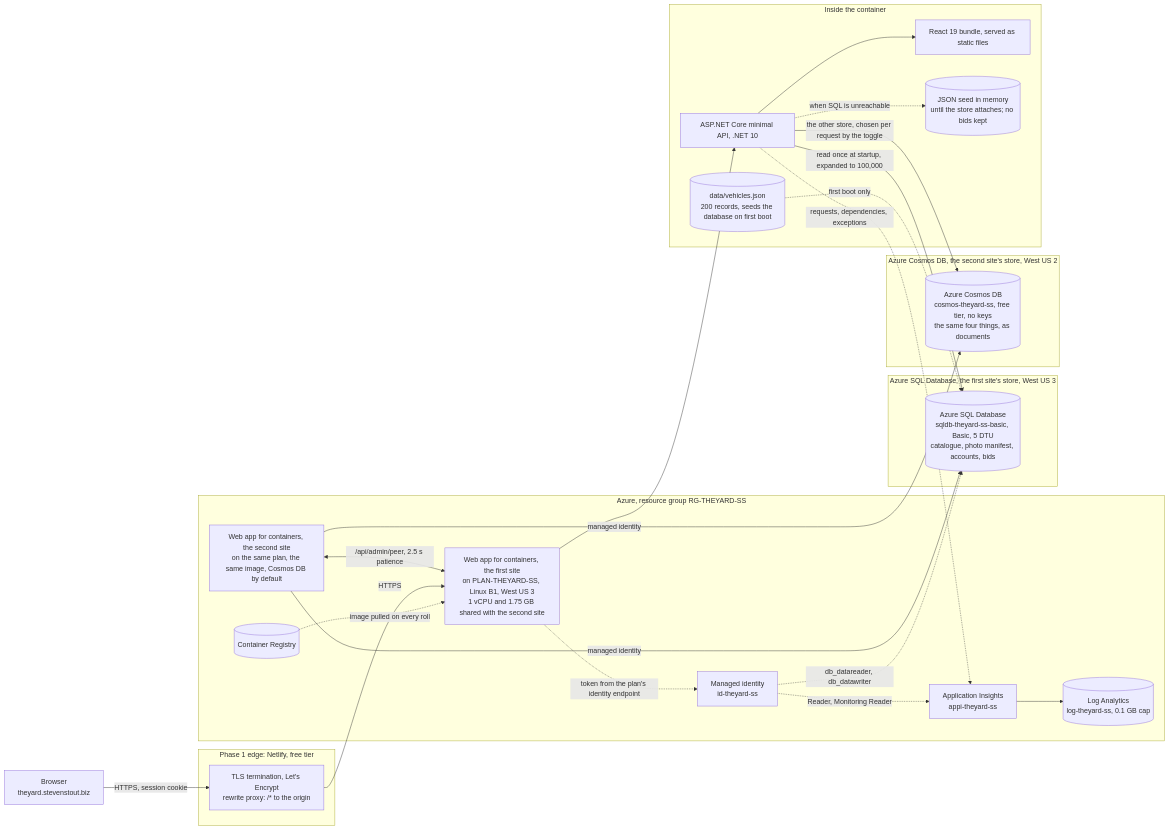
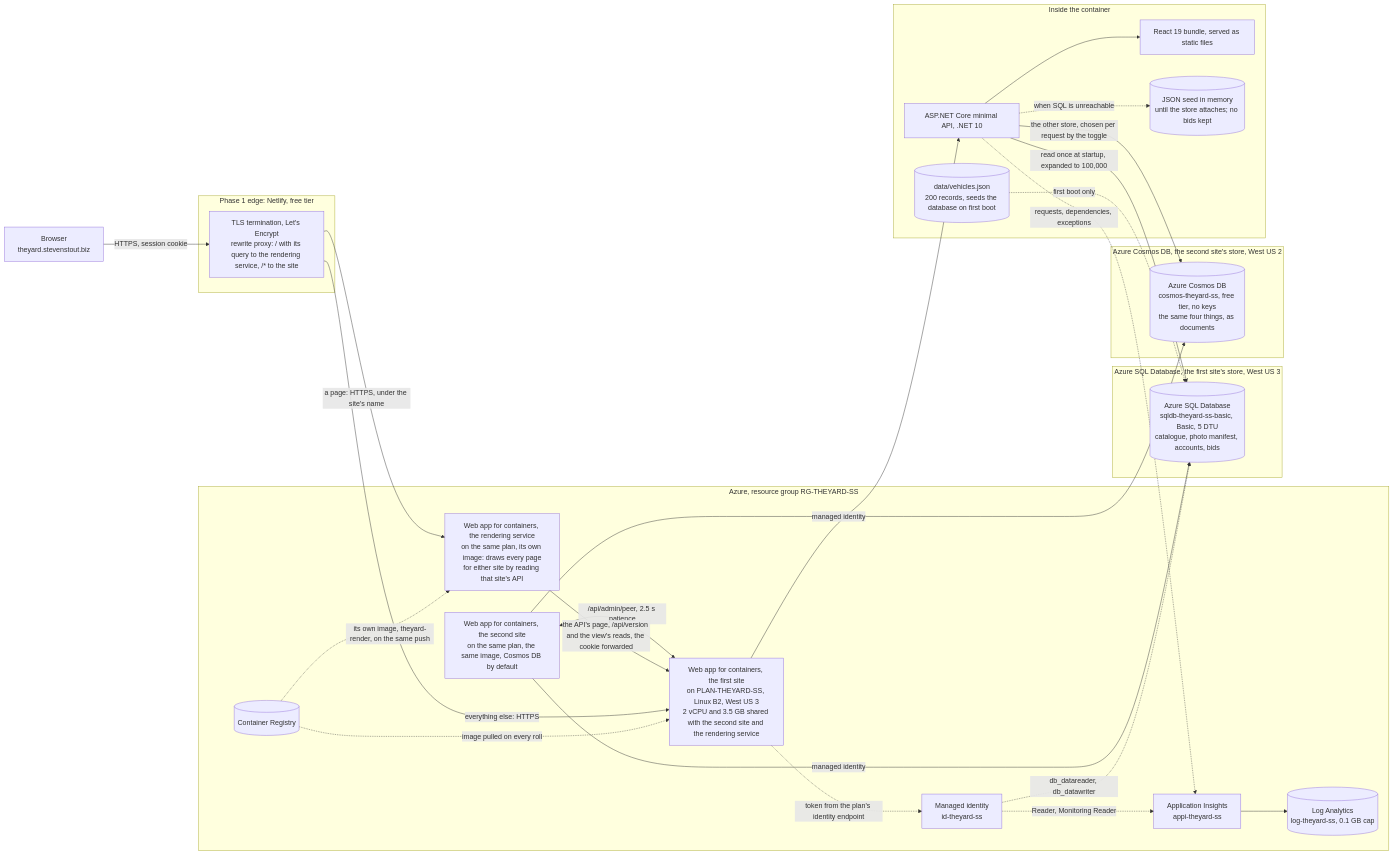
Before and after one commit to SteveStout/TheYard: the first of 3 diagrams in docs/app-architecture/ARCHITECTURE.md, drawn with Mermaid. The commit also changed other lines of this file and 15 other files, not shown here.

````diff
--- a/docs/app-architecture/ARCHITECTURE.md
+++ b/docs/app-architecture/ARCHITECTURE.md
@@ -33,51 +33,55 @@
 ```mermaid
 flowchart LR
   B["Browser<br/>theyard.stevenstout.biz"]
 
   subgraph edge["Phase 1 edge: Netlify, free tier"]
-    TLS["TLS termination, Let's Encrypt<br/>rewrite proxy: /* to the origin"]
+    TLS["TLS termination, Let's Encrypt<br/>rewrite proxy: / with its query to the rendering service, /* to the site"]
   end
 
   subgraph azure["Azure, resource group RG-THEYARD-SS"]
-    ACI["Web app for containers, the first site<br/>on PLAN-THEYARD-SS, Linux B1, West US 3<br/>1 vCPU and 1.75 GB shared with the second site"]
+    ACI["Web app for containers, the first site<br/>on PLAN-THEYARD-SS, Linux B2, West US 3<br/>2 vCPU and 3.5 GB shared with the second site and the rendering service"]
+    RENDER["Web app for containers, the rendering service<br/>on the same plan, its own image: draws every page<br/>for either site by reading that site's API"]
     ACR[("Container Registry")]
     MI["Managed identity<br/>id-theyard-ss"]
     AI["Application Insights<br/>appi-theyard-ss"]
     LAW[("Log Analytics<br/>log-theyard-ss, 0.1 GB cap")]
     ACI2["Web app for containers, the second site<br/>on the same plan, the same image, Cosmos DB by default"]
   end
 
   subgraph sql["Azure SQL Database, the first site's store, West US 3"]
     SQL[("Azure SQL Database<br/>sqldb-theyard-ss-basic, Basic, 5 DTU<br/>catalogue, photo manifest, accounts, bids")]
   end
 
   subgraph cosmos["Azure Cosmos DB, the second site's store, West US 2"]
     COSMOS[("Azure Cosmos DB<br/>cosmos-theyard-ss, free tier, no keys<br/>the same four things, as documents")]
   end
 
   ACI2 -->|managed identity| COSMOS
   ACI2 -->|managed identity| SQL
   ACI2 <-->|/api/admin/peer, 2.5 s patience| ACI
 
   subgraph box["Inside the container"]
     API["ASP.NET Core minimal API, .NET 10"]
     SPA["React 19 bundle, served as static files"]
     SEED[("data/vehicles.json<br/>200 records, seeds the database on first boot")]
     FILE[("JSON seed in memory<br/>until the store attaches; no bids kept")]
   end
 
   B -->|HTTPS, session cookie| TLS
-  TLS -->|HTTPS| ACI
+  TLS -->|a page: HTTPS, under the site's name| RENDER
+  RENDER -->|the API's page, /api/version and the view's reads, the cookie forwarded| ACI
+  TLS -->|everything else: HTTPS| ACI
   ACI --> API
   API --> SPA
   API -->|read once at startup, expanded to 100,000| SQL
   API -->|the other store, chosen per request by the toggle| COSMOS
   API -.->|when SQL is unreachable| FILE
   MI -.->|db_datareader, db_datawriter| SQL
   SEED -.->|first boot only| SQL
   ACR -.->|image pulled on every roll| ACI
+  ACR -.->|its own image, theyard-render, on the same push| RENDER
   ACI -.->|token from the plan's identity endpoint| MI
   MI -.->|Reader, Monitoring Reader| AI
   API -.->|requests, dependencies, exceptions| AI
   AI --> LAW
 ```
````
